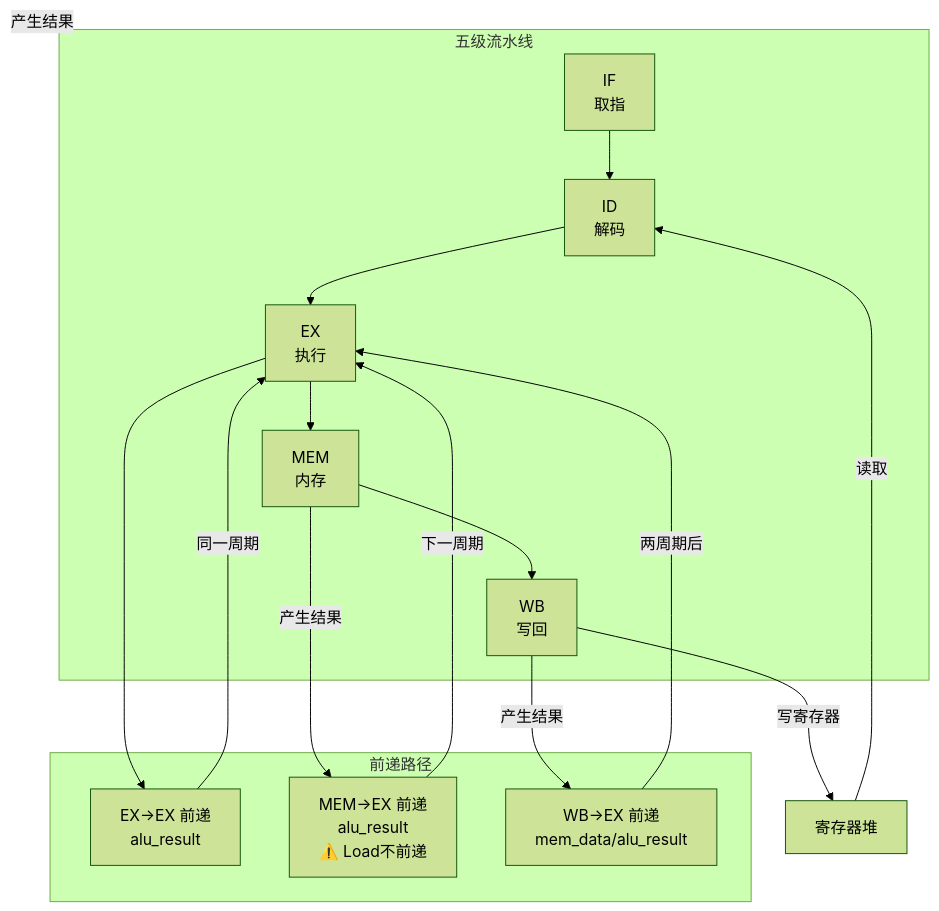
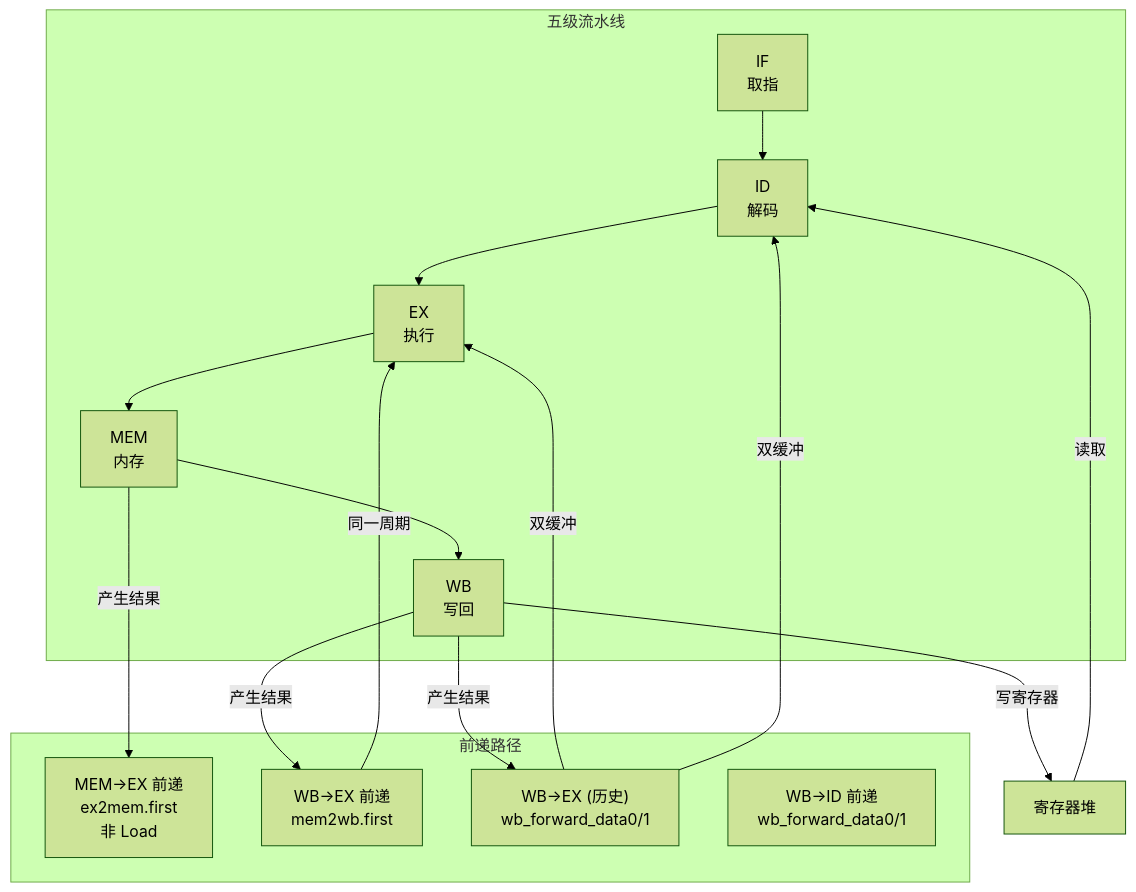
Before and after one commit to daivy2333/riscv-bsv-processor: the first of 5 diagrams in docs/data-forwarding.md, drawn with Mermaid (forest theme). The commit also changed other lines of this file and 6 other files, not shown here.

````diff
--- a/docs/data-forwarding.md
+++ b/docs/data-forwarding.md
@@ -7,28 +7,27 @@
 ```mermaid
 flowchart TB
     subgraph Pipeline["五级流水线"]
         IF[IF<br/>取指]
         ID[ID<br/>解码]
         EX[EX<br/>执行]
         MEM[MEM<br/>内存]
         WB[WB<br/>写回]
         IF --> ID --> EX --> MEM --> WB
     end
 
     subgraph Forwarding["前递路径"]
-        EX_EX["EX→EX 前递<br/>alu_result"]
-        MEM_EX["MEM→EX 前递<br/>alu_result<br/>⚠️ Load不前递"]
-        WB_EX["WB→EX 前递<br/>mem_data/alu_result"]
+        MEM_EX["MEM→EX 前递<br/>ex2mem.first<br/>非 Load"]
+        WB_EX["WB→EX 前递<br/>mem2wb.first"]
+        WB_EX_HIST["WB→EX (历史)<br/>wb_forward_data0/1"]
+        WB_ID["WB→ID 前递<br/>wb_forward_data0/1"]
     end
 
-    EX -->|"产生结果"| EX_EX
     MEM -->|"产生结果"| MEM_EX
     WB -->|"产生结果"| WB_EX
-
-    EX_EX -->|"同一周期"| EX
-    MEM_EX -->|"下一周期"| EX
-    WB_EX -->|"两周期后"| EX
-
+    WB -->|"产生结果"| WB_EX_HIST
     WB -->|"写寄存器"| RegFile[寄存器堆]
     RegFile -->|"读取"| ID
+    WB_EX -->|"同一周期"| EX
+    WB_EX_HIST -->|"双缓冲"| EX
+    WB_EX_HIST -->|"双缓冲"| ID
 ```
````
